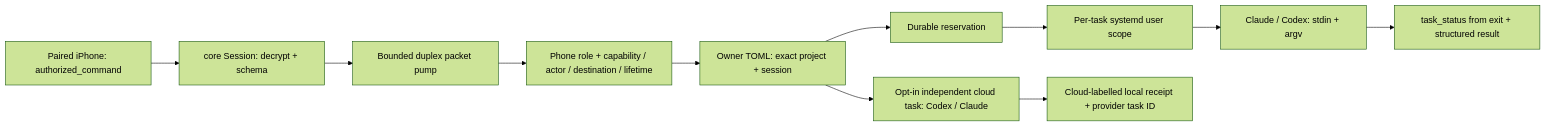
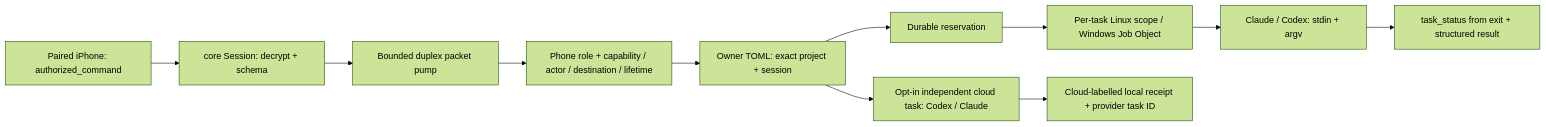
One commit to Harwasch/voiceremote changed the diagram in SW/desktop/crates/agents/README.md. Above: the diagram before and after it, drawn with Mermaid (forest theme). The commit also changed other lines of this file and 69 other files, not shown here.

````diff
--- a/SW/desktop/crates/agents/README.md
+++ b/SW/desktop/crates/agents/README.md
@@ -1,13 +1,13 @@
 ```mermaid
 flowchart LR
     Phone[Paired iPhone: authorized_command] --> Noise[core Session: decrypt + schema]
     Noise --> Pump[Bounded duplex packet pump]
     Pump --> Check[Phone role + capability / actor / destination / lifetime]
     Check --> Registry[Owner TOML: exact project + session]
     Registry --> Claim[Durable reservation]
-    Claim --> Scope[Per-task systemd user scope]
+    Claim --> Scope[Per-task Linux scope / Windows Job Object]
     Scope --> CLI[Claude / Codex: stdin + argv]
     CLI --> Status[task_status from exit + structured result]
     Registry --> Cloud[Opt-in independent cloud task: Codex / Claude]
     Cloud --> Receipt[Cloud-labelled local receipt + provider task ID]
 ```
````
